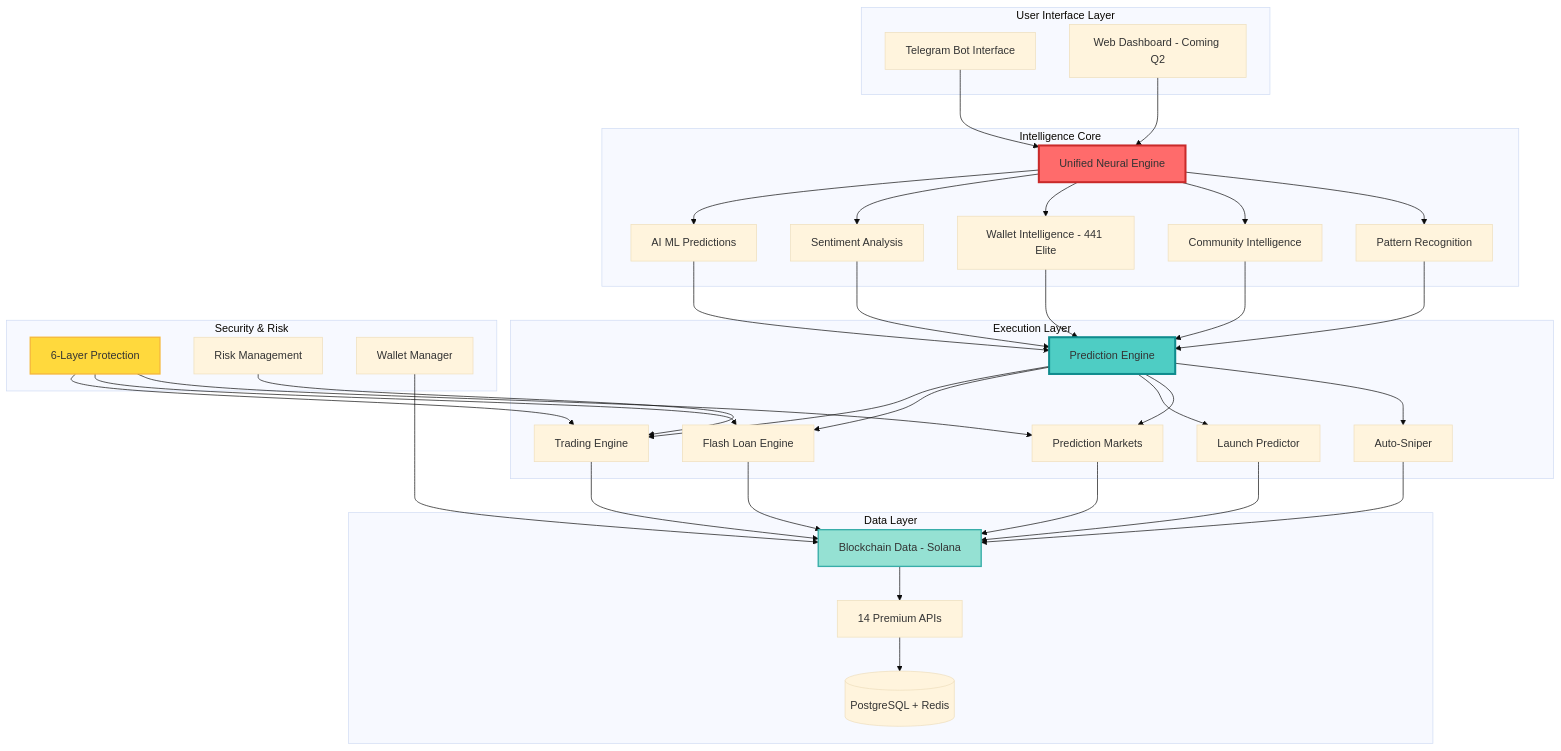
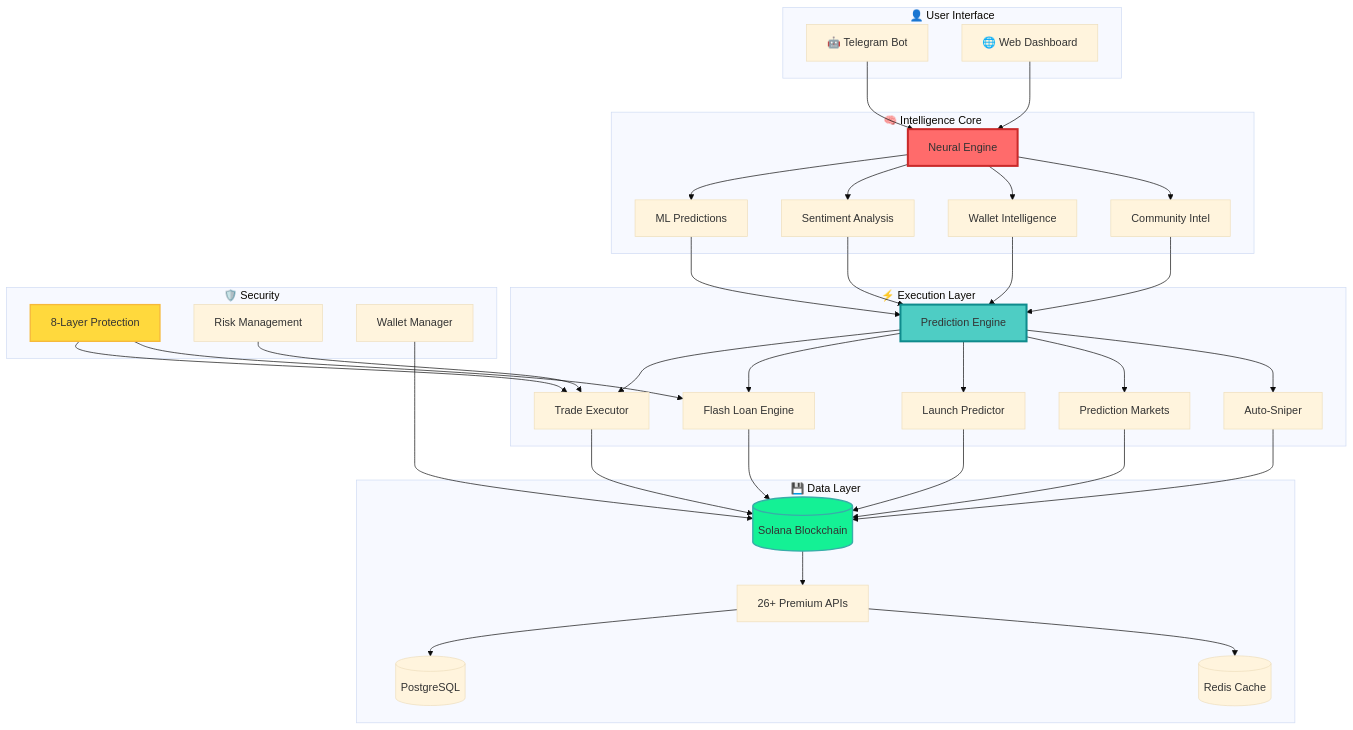
Before and after one commit to blablablasealsaresoft/TGPrediction: the first of 9 diagrams in README.md, drawn with Mermaid (base theme). The commit also changed other lines of this file, not shown here.

````diff
--- a/README.md
+++ b/README.md
@@ -554,77 +140,76 @@
 ```mermaid
 graph TB
-    subgraph "User Interface Layer"
-        TG[Telegram Bot Interface]
-        WEB[Web Dashboard - Coming Q2]
+    subgraph "👤 User Interface"
+        TG["🤖 Telegram Bot"]
+        WEB["🌐 Web Dashboard"]
     end
     
-    subgraph "Intelligence Core"
-        NE[Unified Neural Engine]
-        AI[AI ML Predictions]
-        SA[Sentiment Analysis]
-        WI[Wallet Intelligence - 441 Elite]
-        CI[Community Intelligence]
-        PS[Pattern Recognition]
+    subgraph "🧠 Intelligence Core"
+        NE["Neural Engine"]
+        AI["ML Predictions"]
+        SA["Sentiment Analysis"]
+        WI["Wallet Intelligence"]
+        CI["Community Intel"]
     end
     
-    subgraph "Execution Layer"
-        PE[Prediction Engine]
-        TE[Trading Engine]
-        FLE[Flash Loan Engine]
-        LPE[Launch Predictor]
-        PME[Prediction Markets]
-        ASE[Auto-Sniper]
+    subgraph "⚡ Execution Layer"
+        PE["Prediction Engine"]
+        TE["Trade Executor"]
+        FLE["Flash Loan Engine"]
+        LPE["Launch Predictor"]
+        PME["Prediction Markets"]
+        ASE["Auto-Sniper"]
     end
     
-    subgraph "Data Layer"
-        BC[Blockchain Data - Solana]
-        APIs[14 Premium APIs]
-        DB[(PostgreSQL + Redis)]
+    subgraph "💾 Data Layer"
+        BC[("Solana Blockchain")]
+        APIs["26+ Premium APIs"]
+        PG[("PostgreSQL")]
+        RD[("Redis Cache")]
     end
     
-    subgraph "Security & Risk"
-        SIX[6-Layer Protection]
-        RM[Risk Management]
-        WM[Wallet Manager]
+    subgraph "🛡️ Security"
+        SEC["8-Layer Protection"]
+        RM["Risk Management"]
+        WM["Wallet Manager"]
     end
     
     TG --> NE
     WEB --> NE
+    
     NE --> AI
     NE --> SA
     NE --> WI
     NE --> CI
-    NE --> PS
     
     AI --> PE
     SA --> PE
     WI --> PE
     CI --> PE
-    PS --> PE
     
     PE --> TE
     PE --> FLE
     PE --> LPE
     PE --> PME
     PE --> ASE
     
     TE --> BC
     FLE --> BC
     LPE --> BC
     PME --> BC
     ASE --> BC
     
     BC --> APIs
-    APIs --> DB
+    APIs --> PG
+    APIs --> RD
     
-    SIX --> TE
-    SIX --> FLE
-    SIX --> PME
+    SEC --> TE
+    SEC --> FLE
     RM --> TE
     WM --> BC
     
     style NE fill:#ff6b6b,stroke:#c92a2a,stroke-width:3px
     style PE fill:#4ecdc4,stroke:#0f8b8d,stroke-width:3px
-    style BC fill:#95e1d3,stroke:#38ada9,stroke-width:2px
-    style SIX fill:#ffd93d,stroke:#f6b93b,stroke-width:2px
+    style BC fill:#14F195,stroke:#38ada9,stroke-width:2px
+    style SEC fill:#ffd93d,stroke:#f6b93b,stroke-width:2px
 ```
````
